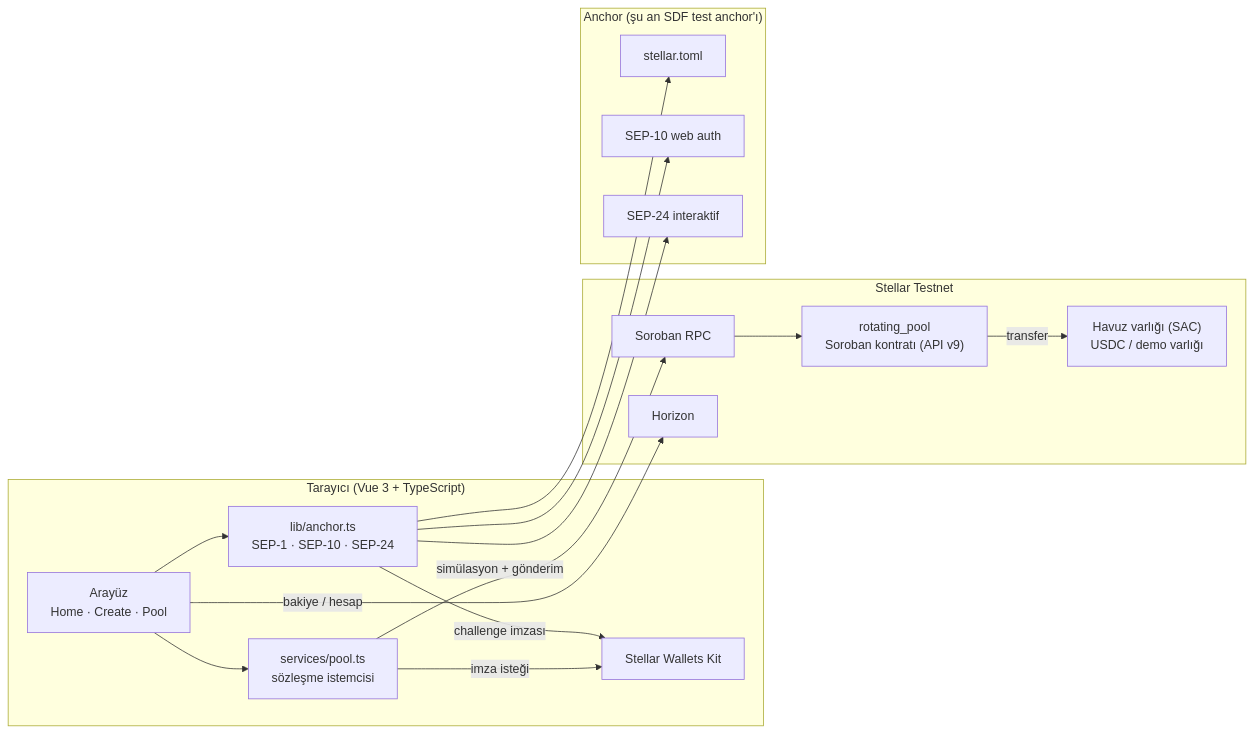
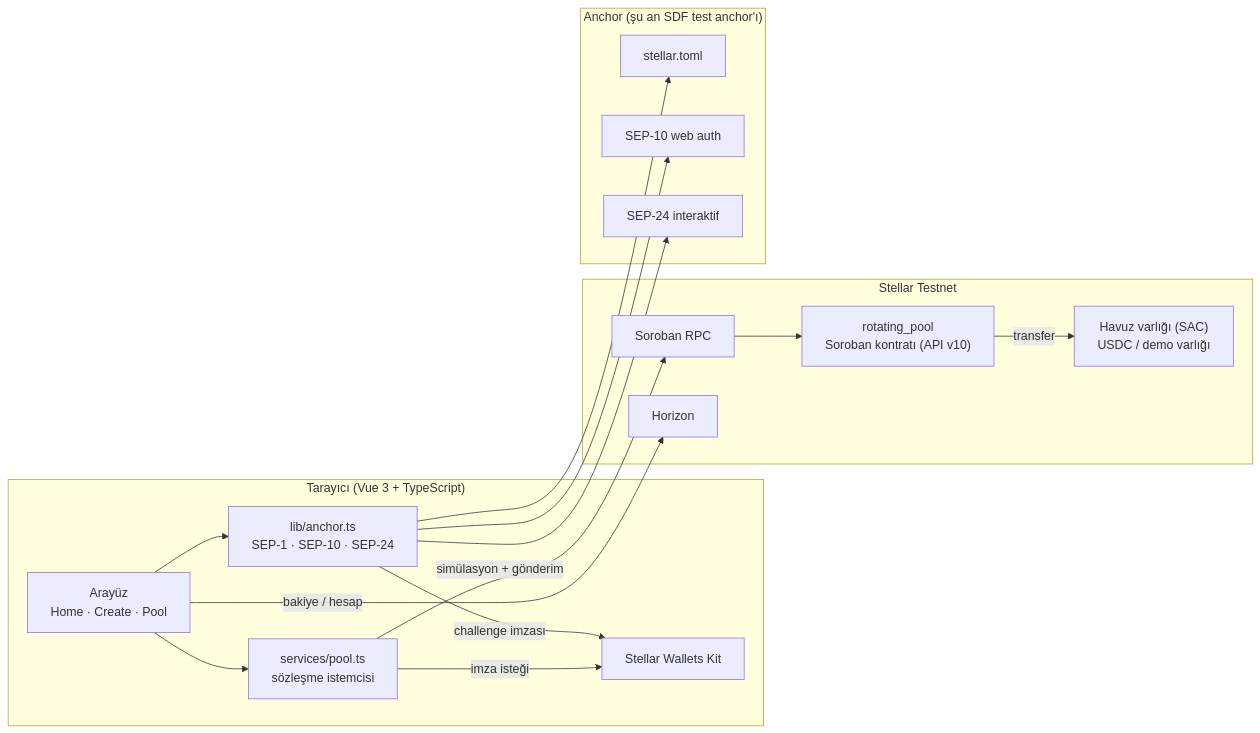
Before and after one commit to yusufarslan44/Stellerpool: the first of 5 diagrams in docs/architecture/architecture.md, drawn with Mermaid. The commit also changed other lines of this file and 6 other files, not shown here.

```diff
--- a/docs/architecture/architecture.md
+++ b/docs/architecture/architecture.md
@@ -7,31 +7,31 @@
 ~~~mermaid
 flowchart LR
   subgraph Browser["Tarayıcı (Vue 3 + TypeScript)"]
     UI["Arayüz<br/>Home · Create · Pool"]
     SVC["services/pool.ts<br/>sözleşme istemcisi"]
     ANC["lib/anchor.ts<br/>SEP-1 · SEP-10 · SEP-24"]
     WK["Stellar Wallets Kit"]
   end
   subgraph Stellar["Stellar Testnet"]
     RPC["Soroban RPC"]
-    POOL["rotating_pool<br/>Soroban kontratı (API v9)"]
+    POOL["rotating_pool<br/>Soroban kontratı (API v10)"]
     SAC["Havuz varlığı (SAC)<br/>USDC / demo varlığı"]
     HZ["Horizon"]
   end
   subgraph Anchor["Anchor (şu an SDF test anchor'ı)"]
     TOML["stellar.toml"]
     AUTH["SEP-10 web auth"]
     S24["SEP-24 interaktif"]
   end
   UI --> SVC
   UI --> ANC
   SVC -->|"simülasyon + gönderim"| RPC
   RPC --> POOL
   POOL -->|"transfer"| SAC
   SVC -->|"imza isteği"| WK
   ANC -->|"challenge imzası"| WK
   ANC --> TOML
   ANC --> AUTH
   ANC --> S24
   UI -->|"bakiye / hesap"| HZ
 ~~~
```
